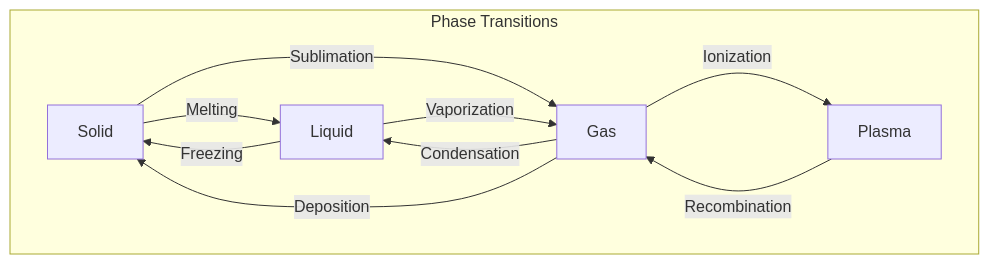
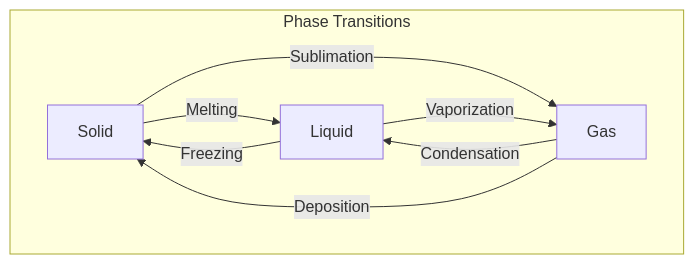
The diagram in conditionals/chemical_phase_transition/chemical_phase_transition.md (mAbduqayum/python-workbook), drawn with Mermaid before and after one commit. The commit also changed other lines of this file and 1 other file, not shown here.

First line of the commit message:
ref: drop plasma phase from phase transition question

````diff
--- a/conditionals/chemical_phase_transition/chemical_phase_transition.md
+++ b/conditionals/chemical_phase_transition/chemical_phase_transition.md
@@ -16,15 +14,11 @@
 ```mermaid
 graph TD
     subgraph "Phase Transitions"
-    %% Transitions involving Solid, Liquid, and Gas
         Solid -- Melting --> Liquid
         Solid -- Sublimation --> Gas
         Liquid -- Freezing --> Solid
         Liquid -- Vaporization --> Gas
         Gas -- Condensation --> Liquid
         Gas -- Deposition --> Solid
-    %% Transitions involving Plasma
-        Gas -- Ionization --> Plasma
-        Plasma -- Recombination --> Gas
     end
 ```
````
